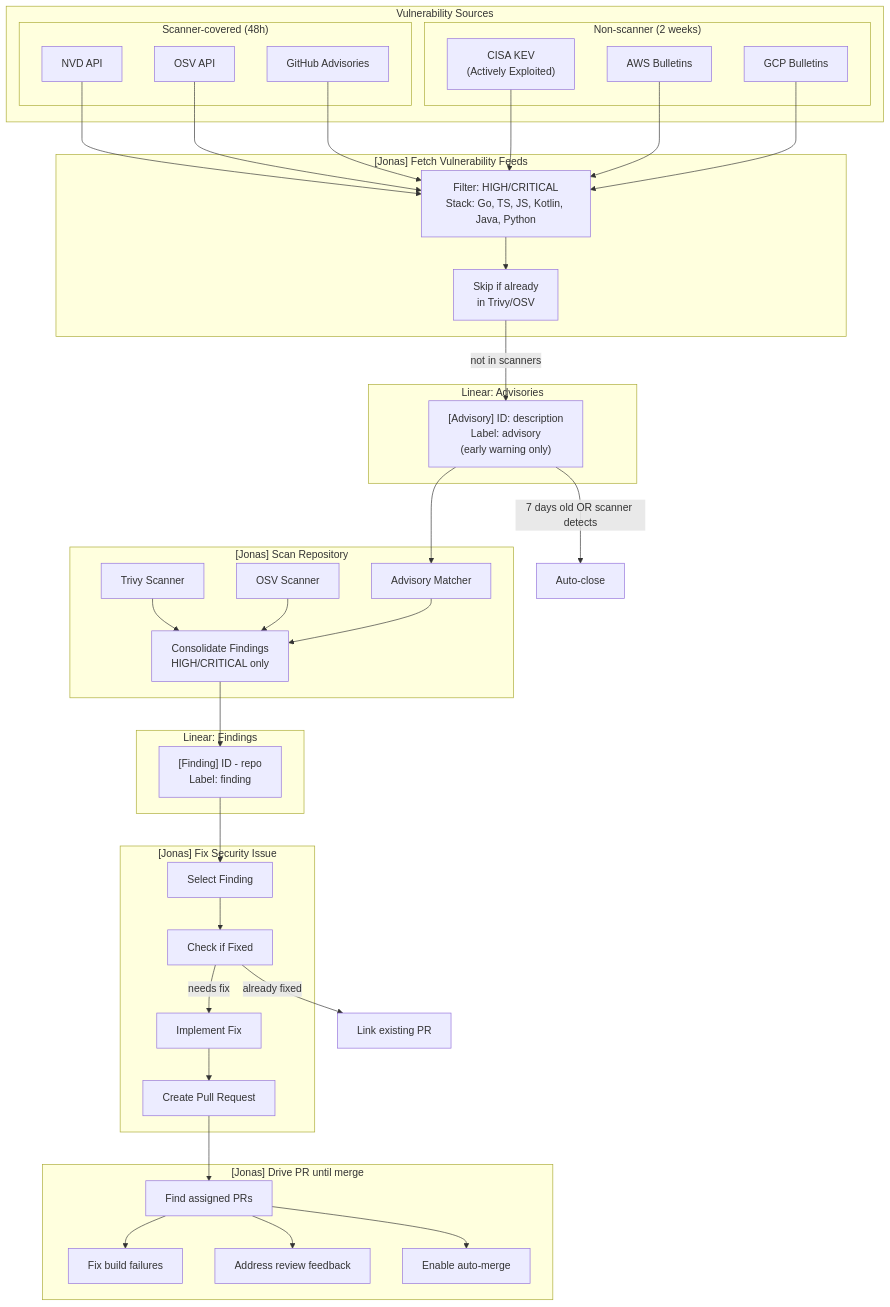
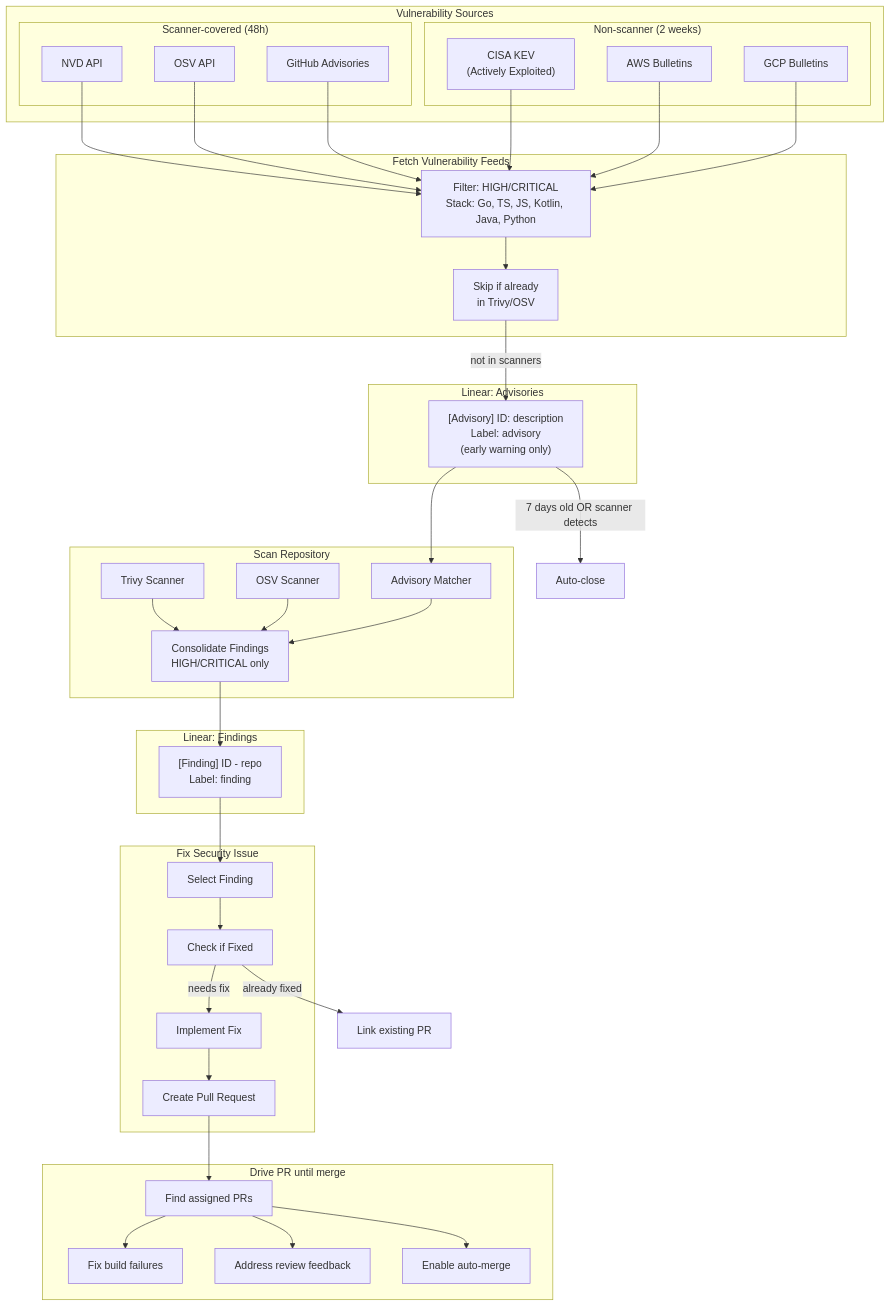
One commit to gitpod-io/ai-security-engineer changed the diagram in README.md. Above: the diagram before and after it, drawn with Mermaid. The commit also changed other lines of this file, not shown here.

````diff
--- a/README.md
+++ b/README.md
@@ -7,76 +7,76 @@
 ```mermaid
 flowchart TD
     subgraph sources["Vulnerability Sources"]
         subgraph scanner_sources["Scanner-covered (48h)"]
             NVD["NVD API"]
             OSV_API["OSV API"]
             GH["GitHub Advisories"]
         end
         subgraph non_scanner["Non-scanner (2 weeks)"]
             CISA["CISA KEV<br/>(Actively Exploited)"]
             AWS["AWS Bulletins"]
             GCP["GCP Bulletins"]
         end
     end
 
-    subgraph feed["[Jonas] Fetch Vulnerability Feeds"]
+    subgraph feed["Fetch Vulnerability Feeds"]
         FILTER["Filter: HIGH/CRITICAL<br/>Stack: Go, TS, JS, Kotlin, Java, Python"]
         SCANNER_CHECK["Skip if already<br/>in Trivy/OSV"]
         FILTER --> SCANNER_CHECK
     end
 
     subgraph linear_adv["Linear: Advisories"]
         ADV["[Advisory] ID: description<br/>Label: advisory<br/>(early warning only)"]
     end
 
-    subgraph scan["[Jonas] Scan Repository"]
+    subgraph scan["Scan Repository"]
         TRIVY["Trivy Scanner"]
         OSV_SCAN["OSV Scanner"]
         ADV_CHECK["Advisory Matcher"]
         CONSOLIDATE["Consolidate Findings<br/>HIGH/CRITICAL only"]
     end
 
     subgraph linear_find["Linear: Findings"]
         FIND["[Finding] ID - repo<br/>Label: finding"]
     end
 
-    subgraph fix["[Jonas] Fix Security Issue"]
+    subgraph fix["Fix Security Issue"]
         SELECT["Select Finding"]
         CHECK["Check if Fixed"]
         IMPLEMENT["Implement Fix"]
         PR["Create Pull Request"]
     end
 
-    subgraph drive["[Jonas] Drive PR until merge"]
+    subgraph drive["Drive PR until merge"]
         PR_CHECK["Find assigned PRs"]
         BUILD["Fix build failures"]
         FEEDBACK["Address review feedback"]
         MERGE["Enable auto-merge"]
     end
 
     NVD --> FILTER
     OSV_API --> FILTER
     GH --> FILTER
     CISA --> FILTER
     AWS --> FILTER
     GCP --> FILTER
     SCANNER_CHECK -->|not in scanners| ADV
     ADV -->|7 days old OR scanner detects| CLOSE["Auto-close"]
 
     TRIVY --> CONSOLIDATE
     OSV_SCAN --> CONSOLIDATE
     ADV --> ADV_CHECK
     ADV_CHECK --> CONSOLIDATE
     CONSOLIDATE --> FIND
 
     FIND --> SELECT
     SELECT --> CHECK
     CHECK -->|needs fix| IMPLEMENT
     IMPLEMENT --> PR
     CHECK -->|already fixed| COMMENT["Link existing PR"]
 
     PR --> PR_CHECK
     PR_CHECK --> BUILD
     PR_CHECK --> FEEDBACK
     PR_CHECK --> MERGE
 ```
````
